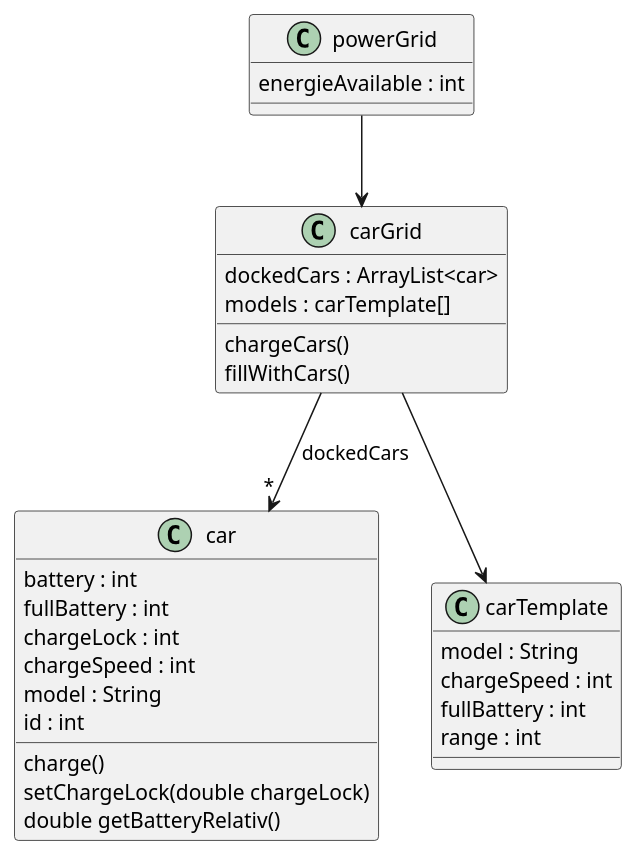
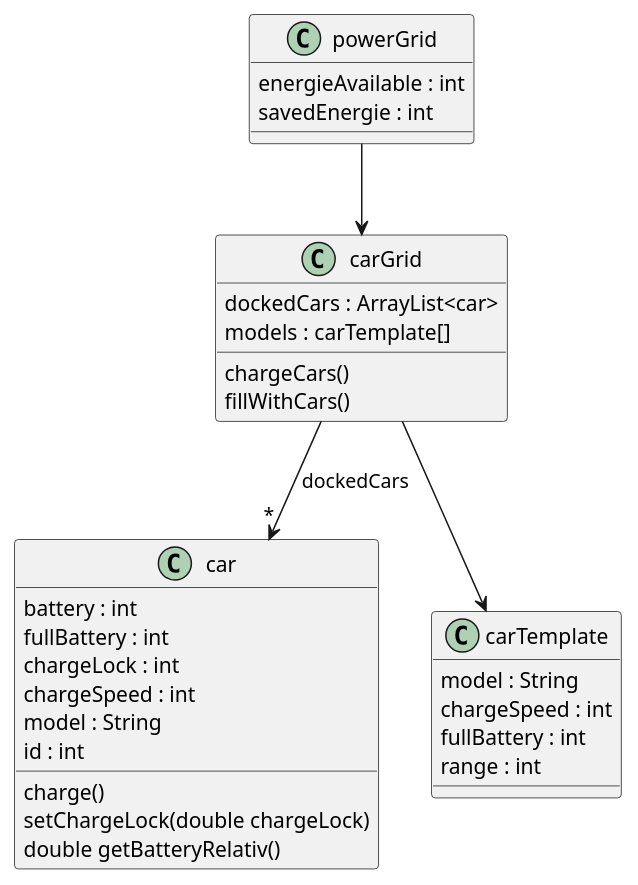
The diagram in class_diagram_custom.plantuml (MrGeorgen/v2g), drawn with PlantUML before and after one commit. The commit also changed 2 other files, not shown here.

Commit message:
report saved energie

```diff
--- a/class_diagram_custom.plantuml
+++ b/class_diagram_custom.plantuml
@@ -1,37 +1,38 @@
 @startuml
 
 class "car" {
   battery : int
   fullBattery : int
   chargeLock : int
   chargeSpeed : int
   model : String
   id : int
   charge()
   setChargeLock(double chargeLock)
   double getBatteryRelativ()
 }
 
 class "carGrid" {
   dockedCars : ArrayList<car>
   models : carTemplate[]
   chargeCars()
   fillWithCars()
 }
 
 class "carTemplate" {
   model : String
   chargeSpeed : int
   fullBattery : int
   range : int
 }
 
 class "powerGrid" {
   energieAvailable : int
+  savedEnergie : int
 }
 
 "carGrid" --> "*" "car" : dockedCars
 "powerGrid" --> "carGrid"
 "carGrid" --> "carTemplate"
 
 @enduml
```
